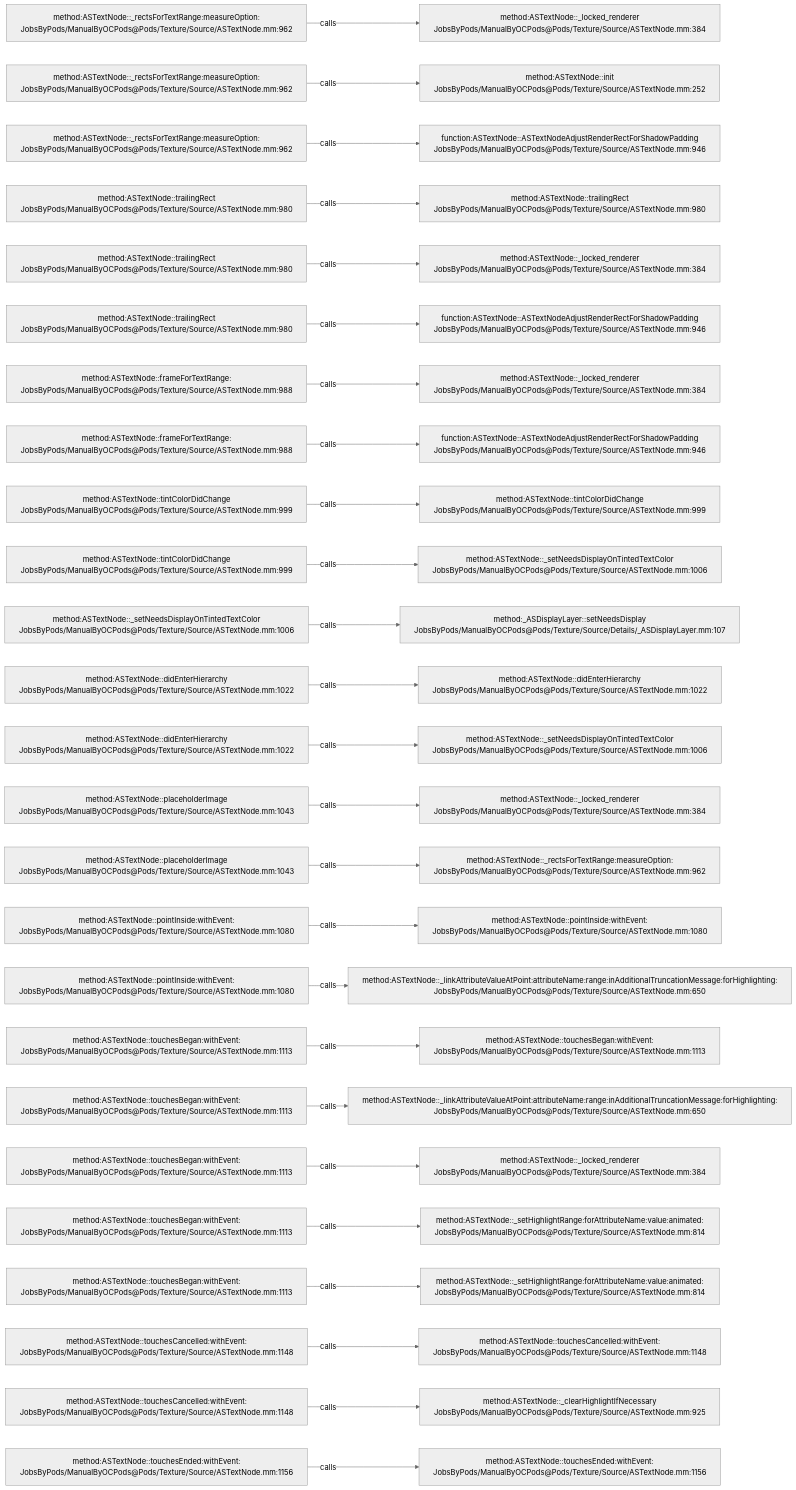
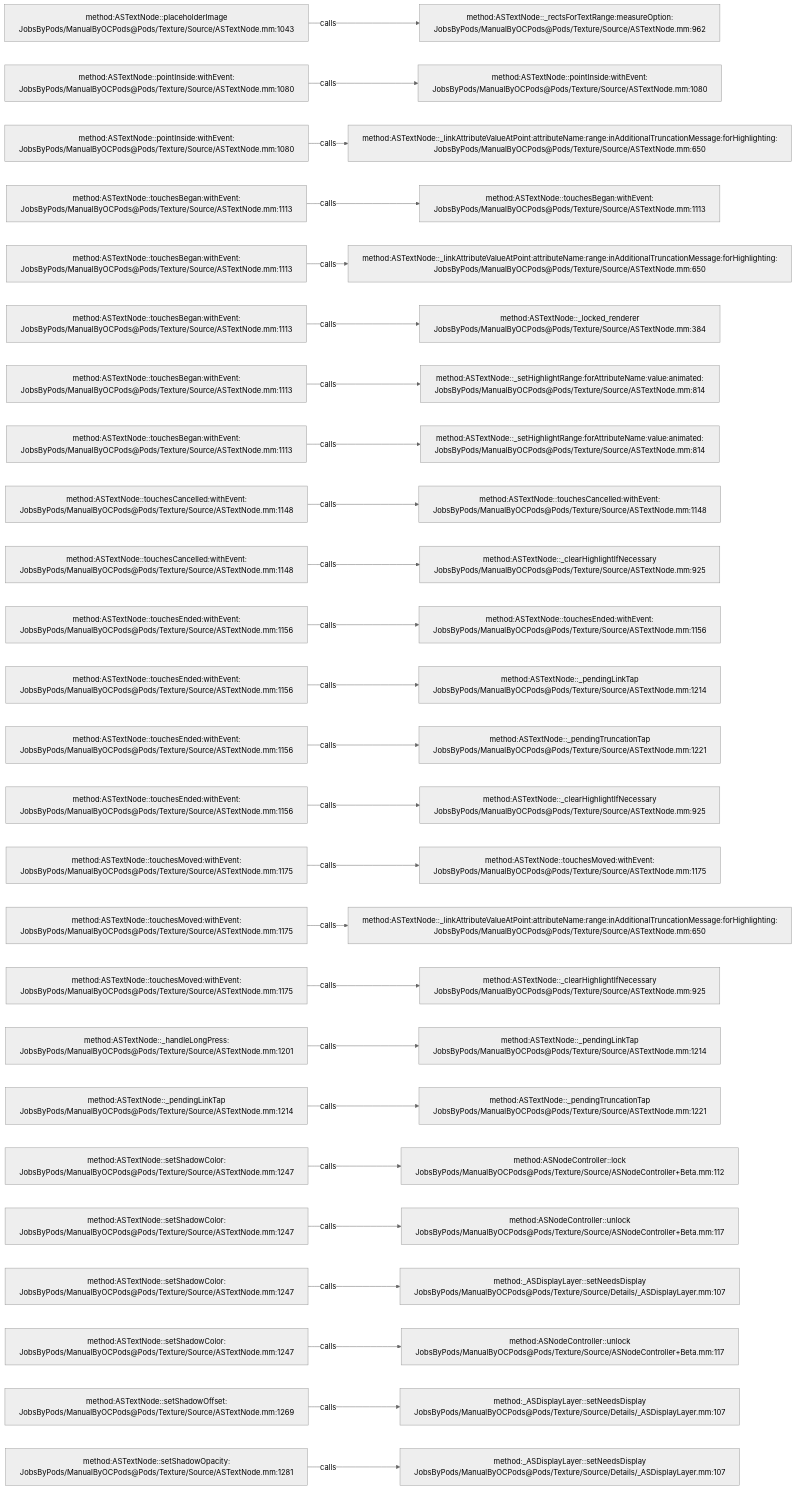
The diagram in .codegraph/codegraph.md/graphs/calls-138.md (JobsKits/JobsOCBaseConfigDemo), drawn with Mermaid (neutral theme) before and after one commit. The commit also changed 296 other files, not shown here.

````diff
--- a/.codegraph/codegraph.md/graphs/calls-138.md
+++ b/.codegraph/codegraph.md/graphs/calls-138.md
@@ -13,78 +13,78 @@
 ```mermaid
 flowchart LR
-  S1["method:ASTextNode::_rectsForTextRange:measureOption:<br/>JobsByPods/ManualByOCPods@Pods/Texture/Source/ASTextNode.mm:962"]
-  T1["method:ASTextNode::_locked_renderer<br/>JobsByPods/ManualByOCPods@Pods/Texture/Source/ASTextNode.mm:384"]
+  S1["method:ASTextNode::placeholderImage<br/>JobsByPods/ManualByOCPods@Pods/Texture/Source/ASTextNode.mm:1043"]
+  T1["method:ASTextNode::_rectsForTextRange:measureOption:<br/>JobsByPods/ManualByOCPods@Pods/Texture/Source/ASTextNode.mm:962"]
   S1 -->|calls| T1
-  S2["method:ASTextNode::_rectsForTextRange:measureOption:<br/>JobsByPods/ManualByOCPods@Pods/Texture/Source/ASTextNode.mm:962"]
-  T2["method:ASTextNode::init<br/>JobsByPods/ManualByOCPods@Pods/Texture/Source/ASTextNode.mm:252"]
+  S2["method:ASTextNode::pointInside:withEvent:<br/>JobsByPods/ManualByOCPods@Pods/Texture/Source/ASTextNode.mm:1080"]
+  T2["method:ASTextNode::pointInside:withEvent:<br/>JobsByPods/ManualByOCPods@Pods/Texture/Source/ASTextNode.mm:1080"]
   S2 -->|calls| T2
-  S3["method:ASTextNode::_rectsForTextRange:measureOption:<br/>JobsByPods/ManualByOCPods@Pods/Texture/Source/ASTextNode.mm:962"]
-  T3["function:ASTextNode::ASTextNodeAdjustRenderRectForShadowPadding<br/>JobsByPods/ManualByOCPods@Pods/Texture/Source/ASTextNode.mm:946"]
+  S3["method:ASTextNode::pointInside:withEvent:<br/>JobsByPods/ManualByOCPods@Pods/Texture/Source/ASTextNode.mm:1080"]
+  T3["method:ASTextNode::_linkAttributeValueAtPoint:attributeName:range:inAdditionalTruncationMessage:forHighlighting:<br/>JobsByPods/ManualByOCPods@Pods/Texture/Source/ASTextNode.mm:650"]
   S3 -->|calls| T3
-  S4["method:ASTextNode::trailingRect<br/>JobsByPods/ManualByOCPods@Pods/Texture/Source/ASTextNode.mm:980"]
-  T4["method:ASTextNode::trailingRect<br/>JobsByPods/ManualByOCPods@Pods/Texture/Source/ASTextNode.mm:980"]
+  S4["method:ASTextNode::touchesBegan:withEvent:<br/>JobsByPods/ManualByOCPods@Pods/Texture/Source/ASTextNode.mm:1113"]
+  T4["method:ASTextNode::touchesBegan:withEvent:<br/>JobsByPods/ManualByOCPods@Pods/Texture/Source/ASTextNode.mm:1113"]
   S4 -->|calls| T4
-  S5["method:ASTextNode::trailingRect<br/>JobsByPods/ManualByOCPods@Pods/Texture/Source/ASTextNode.mm:980"]
-  T5["method:ASTextNode::_locked_renderer<br/>JobsByPods/ManualByOCPods@Pods/Texture/Source/ASTextNode.mm:384"]
+  S5["method:ASTextNode::touchesBegan:withEvent:<br/>JobsByPods/ManualByOCPods@Pods/Texture/Source/ASTextNode.mm:1113"]
+  T5["method:ASTextNode::_linkAttributeValueAtPoint:attributeName:range:inAdditionalTruncationMessage:forHighlighting:<br/>JobsByPods/ManualByOCPods@Pods/Texture/Source/ASTextNode.mm:650"]
   S5 -->|calls| T5
-  S6["method:ASTextNode::trailingRect<br/>JobsByPods/ManualByOCPods@Pods/Texture/Source/ASTextNode.mm:980"]
-  T6["function:ASTextNode::ASTextNodeAdjustRenderRectForShadowPadding<br/>JobsByPods/ManualByOCPods@Pods/Texture/Source/ASTextNode.mm:946"]
+  S6["method:ASTextNode::touchesBegan:withEvent:<br/>JobsByPods/ManualByOCPods@Pods/Texture/Source/ASTextNode.mm:1113"]
+  T6["method:ASTextNode::_locked_renderer<br/>JobsByPods/ManualByOCPods@Pods/Texture/Source/ASTextNode.mm:384"]
   S6 -->|calls| T6
-  S7["method:ASTextNode::frameForTextRange:<br/>JobsByPods/ManualByOCPods@Pods/Texture/Source/ASTextNode.mm:988"]
-  T7["method:ASTextNode::_locked_renderer<br/>JobsByPods/ManualByOCPods@Pods/Texture/Source/ASTextNode.mm:384"]
+  S7["method:ASTextNode::touchesBegan:withEvent:<br/>JobsByPods/ManualByOCPods@Pods/Texture/Source/ASTextNode.mm:1113"]
+  T7["method:ASTextNode::_setHighlightRange:forAttributeName:value:animated:<br/>JobsByPods/ManualByOCPods@Pods/Texture/Source/ASTextNode.mm:814"]
   S7 -->|calls| T7
-  S8["method:ASTextNode::frameForTextRange:<br/>JobsByPods/ManualByOCPods@Pods/Texture/Source/ASTextNode.mm:988"]
-  T8["function:ASTextNode::ASTextNodeAdjustRenderRectForShadowPadding<br/>JobsByPods/ManualByOCPods@Pods/Texture/Source/ASTextNode.mm:946"]
+  S8["method:ASTextNode::touchesBegan:withEvent:<br/>JobsByPods/ManualByOCPods@Pods/Texture/Source/ASTextNode.mm:1113"]
+  T8["method:ASTextNode::_setHighlightRange:forAttributeName:value:animated:<br/>JobsByPods/ManualByOCPods@Pods/Texture/Source/ASTextNode.mm:814"]
   S8 -->|calls| T8
-  S9["method:ASTextNode::tintColorDidChange<br/>JobsByPods/ManualByOCPods@Pods/Texture/Source/ASTextNode.mm:999"]
-  T9["method:ASTextNode::tintColorDidChange<br/>JobsByPods/ManualByOCPods@Pods/Texture/Source/ASTextNode.mm:999"]
+  S9["method:ASTextNode::touchesCancelled:withEvent:<br/>JobsByPods/ManualByOCPods@Pods/Texture/Source/ASTextNode.mm:1148"]
+  T9["method:ASTextNode::touchesCancelled:withEvent:<br/>JobsByPods/ManualByOCPods@Pods/Texture/Source/ASTextNode.mm:1148"]
   S9 -->|calls| T9
-  S10["method:ASTextNode::tintColorDidChange<br/>JobsByPods/ManualByOCPods@Pods/Texture/Source/ASTextNode.mm:999"]
-  T10["method:ASTextNode::_setNeedsDisplayOnTintedTextColor<br/>JobsByPods/ManualByOCPods@Pods/Texture/Source/ASTextNode.mm:1006"]
+  S10["method:ASTextNode::touchesCancelled:withEvent:<br/>JobsByPods/ManualByOCPods@Pods/Texture/Source/ASTextNode.mm:1148"]
+  T10["method:ASTextNode::_clearHighlightIfNecessary<br/>JobsByPods/ManualByOCPods@Pods/Texture/Source/ASTextNode.mm:925"]
   S10 -->|calls| T10
-  S11["method:ASTextNode::_setNeedsDisplayOnTintedTextColor<br/>JobsByPods/ManualByOCPods@Pods/Texture/Source/ASTextNode.mm:1006"]
-  T11["method:_ASDisplayLayer::setNeedsDisplay<br/>JobsByPods/ManualByOCPods@Pods/Texture/Source/Details/_ASDisplayLayer.mm:107"]
+  S11["method:ASTextNode::touchesEnded:withEvent:<br/>JobsByPods/ManualByOCPods@Pods/Texture/Source/ASTextNode.mm:1156"]
+  T11["method:ASTextNode::touchesEnded:withEvent:<br/>JobsByPods/ManualByOCPods@Pods/Texture/Source/ASTextNode.mm:1156"]
   S11 -->|calls| T11
-  S12["method:ASTextNode::didEnterHierarchy<br/>JobsByPods/ManualByOCPods@Pods/Texture/Source/ASTextNode.mm:1022"]
-  T12["method:ASTextNode::didEnterHierarchy<br/>JobsByPods/ManualByOCPods@Pods/Texture/Source/ASTextNode.mm:1022"]
+  S12["method:ASTextNode::touchesEnded:withEvent:<br/>JobsByPods/ManualByOCPods@Pods/Texture/Source/ASTextNode.mm:1156"]
+  T12["method:ASTextNode::_pendingLinkTap<br/>JobsByPods/ManualByOCPods@Pods/Texture/Source/ASTextNode.mm:1214"]
   S12 -->|calls| T12
-  S13["method:ASTextNode::didEnterHierarchy<br/>JobsByPods/ManualByOCPods@Pods/Texture/Source/ASTextNode.mm:1022"]
-  T13["method:ASTextNode::_setNeedsDisplayOnTintedTextColor<br/>JobsByPods/ManualByOCPods@Pods/Texture/Source/ASTextNode.mm:1006"]
+  S13["method:ASTextNode::touchesEnded:withEvent:<br/>JobsByPods/ManualByOCPods@Pods/Texture/Source/ASTextNode.mm:1156"]
+  T13["method:ASTextNode::_pendingTruncationTap<br/>JobsByPods/ManualByOCPods@Pods/Texture/Source/ASTextNode.mm:1221"]
   S13 -->|calls| T13
-  S14["method:ASTextNode::placeholderImage<br/>JobsByPods/ManualByOCPods@Pods/Texture/Source/ASTextNode.mm:1043"]
-  T14["method:ASTextNode::_locked_renderer<br/>JobsByPods/ManualByOCPods@Pods/Texture/Source/ASTextNode.mm:384"]
+  S14["method:ASTextNode::touchesEnded:withEvent:<br/>JobsByPods/ManualByOCPods@Pods/Texture/Source/ASTextNode.mm:1156"]
+  T14["method:ASTextNode::_clearHighlightIfNecessary<br/>JobsByPods/ManualByOCPods@Pods/Texture/Source/ASTextNode.mm:925"]
   S14 -->|calls| T14
-  S15["method:ASTextNode::placeholderImage<br/>JobsByPods/ManualByOCPods@Pods/Texture/Source/ASTextNode.mm:1043"]
-  T15["method:ASTextNode::_rectsForTextRange:measureOption:<br/>JobsByPods/ManualByOCPods@Pods/Texture/Source/ASTextNode.mm:962"]
+  S15["method:ASTextNode::touchesMoved:withEvent:<br/>JobsByPods/ManualByOCPods@Pods/Texture/Source/ASTextNode.mm:1175"]
+  T15["method:ASTextNode::touchesMoved:withEvent:<br/>JobsByPods/ManualByOCPods@Pods/Texture/Source/ASTextNode.mm:1175"]
   S15 -->|calls| T15
-  S16["method:ASTextNode::pointInside:withEvent:<br/>JobsByPods/ManualByOCPods@Pods/Texture/Source/ASTextNode.mm:1080"]
-  T16["method:ASTextNode::pointInside:withEvent:<br/>JobsByPods/ManualByOCPods@Pods/Texture/Source/ASTextNode.mm:1080"]
+  S16["method:ASTextNode::touchesMoved:withEvent:<br/>JobsByPods/ManualByOCPods@Pods/Texture/Source/ASTextNode.mm:1175"]
+  T16["method:ASTextNode::_linkAttributeValueAtPoint:attributeName:range:inAdditionalTruncationMessage:forHighlighting:<br/>JobsByPods/ManualByOCPods@Pods/Texture/Source/ASTextNode.mm:650"]
   S16 -->|calls| T16
-  S17["method:ASTextNode::pointInside:withEvent:<br/>JobsByPods/ManualByOCPods@Pods/Texture/Source/ASTextNode.mm:1080"]
-  T17["method:ASTextNode::_linkAttributeValueAtPoint:attributeName:range:inAdditionalTruncationMessage:forHighlighting:<br/>JobsByPods/ManualByOCPods@Pods/Texture/Source/ASTextNode.mm:650"]
+  S17["method:ASTextNode::touchesMoved:withEvent:<br/>JobsByPods/ManualByOCPods@Pods/Texture/Source/ASTextNode.mm:1175"]
+  T17["method:ASTextNode::_clearHighlightIfNecessary<br/>JobsByPods/ManualByOCPods@Pods/Texture/Source/ASTextNode.mm:925"]
   S17 -->|calls| T17
-  S18["method:ASTextNode::touchesBegan:withEvent:<br/>JobsByPods/ManualByOCPods@Pods/Texture/Source/ASTextNode.mm:1113"]
-  T18["method:ASTextNode::touchesBegan:withEvent:<br/>JobsByPods/ManualByOCPods@Pods/Texture/Source/ASTextNode.mm:1113"]
+  S18["method:ASTextNode::_handleLongPress:<br/>JobsByPods/ManualByOCPods@Pods/Texture/Source/ASTextNode.mm:1201"]
+  T18["method:ASTextNode::_pendingLinkTap<br/>JobsByPods/ManualByOCPods@Pods/Texture/Source/ASTextNode.mm:1214"]
   S18 -->|calls| T18
-  S19["method:ASTextNode::touchesBegan:withEvent:<br/>JobsByPods/ManualByOCPods@Pods/Texture/Source/ASTextNode.mm:1113"]
-  T19["method:ASTextNode::_linkAttributeValueAtPoint:attributeName:range:inAdditionalTruncationMessage:forHighlighting:<br/>JobsByPods/ManualByOCPods@Pods/Texture/Source/ASTextNode.mm:650"]
+  S19["method:ASTextNode::_pendingLinkTap<br/>JobsByPods/ManualByOCPods@Pods/Texture/Source/ASTextNode.mm:1214"]
+  T19["method:ASTextNode::_pendingTruncationTap<br/>JobsByPods/ManualByOCPods@Pods/Texture/Source/ASTextNode.mm:1221"]
   S19 -->|calls| T19
-  S20["method:ASTextNode::touchesBegan:withEvent:<br/>JobsByPods/ManualByOCPods@Pods/Texture/Source/ASTextNode.mm:1113"]
-  T20["method:ASTextNode::_locked_renderer<br/>JobsByPods/ManualByOCPods@Pods/Texture/Source/ASTextNode.mm:384"]
+  S20["method:ASTextNode::setShadowColor:<br/>JobsByPods/ManualByOCPods@Pods/Texture/Source/ASTextNode.mm:1247"]
+  T20["method:ASNodeController::lock<br/>JobsByPods/ManualByOCPods@Pods/Texture/Source/ASNodeController+Beta.mm:112"]
   S20 -->|calls| T20
-  S21["method:ASTextNode::touchesBegan:withEvent:<br/>JobsByPods/ManualByOCPods@Pods/Texture/Source/ASTextNode.mm:1113"]
-  T21["method:ASTextNode::_setHighlightRange:forAttributeName:value:animated:<br/>JobsByPods/ManualByOCPods@Pods/Texture/Source/ASTextNode.mm:814"]
+  S21["method:ASTextNode::setShadowColor:<br/>JobsByPods/ManualByOCPods@Pods/Texture/Source/ASTextNode.mm:1247"]
+  T21["method:ASNodeController::unlock<br/>JobsByPods/ManualByOCPods@Pods/Texture/Source/ASNodeController+Beta.mm:117"]
   S21 -->|calls| T21
-  S22["method:ASTextNode::touchesBegan:withEvent:<br/>JobsByPods/ManualByOCPods@Pods/Texture/Source/ASTextNode.mm:1113"]
-  T22["method:ASTextNode::_setHighlightRange:forAttributeName:value:animated:<br/>JobsByPods/ManualByOCPods@Pods/Texture/Source/ASTextNode.mm:814"]
+  S22["method:ASTextNode::setShadowColor:<br/>JobsByPods/ManualByOCPods@Pods/Texture/Source/ASTextNode.mm:1247"]
+  T22["method:_ASDisplayLayer::setNeedsDisplay<br/>JobsByPods/ManualByOCPods@Pods/Texture/Source/Details/_ASDisplayLayer.mm:107"]
   S22 -->|calls| T22
-  S23["method:ASTextNode::touchesCancelled:withEvent:<br/>JobsByPods/ManualByOCPods@Pods/Texture/Source/ASTextNode.mm:1148"]
-  T23["method:ASTextNode::touchesCancelled:withEvent:<br/>JobsByPods/ManualByOCPods@Pods/Texture/Source/ASTextNode.mm:1148"]
+  S23["method:ASTextNode::setShadowColor:<br/>JobsByPods/ManualByOCPods@Pods/Texture/Source/ASTextNode.mm:1247"]
+  T23["method:ASNodeController::unlock<br/>JobsByPods/ManualByOCPods@Pods/Texture/Source/ASNodeController+Beta.mm:117"]
   S23 -->|calls| T23
-  S24["method:ASTextNode::touchesCancelled:withEvent:<br/>JobsByPods/ManualByOCPods@Pods/Texture/Source/ASTextNode.mm:1148"]
-  T24["method:ASTextNode::_clearHighlightIfNecessary<br/>JobsByPods/ManualByOCPods@Pods/Texture/Source/ASTextNode.mm:925"]
+  S24["method:ASTextNode::setShadowOffset:<br/>JobsByPods/ManualByOCPods@Pods/Texture/Source/ASTextNode.mm:1269"]
+  T24["method:_ASDisplayLayer::setNeedsDisplay<br/>JobsByPods/ManualByOCPods@Pods/Texture/Source/Details/_ASDisplayLayer.mm:107"]
   S24 -->|calls| T24
-  S25["method:ASTextNode::touchesEnded:withEvent:<br/>JobsByPods/ManualByOCPods@Pods/Texture/Source/ASTextNode.mm:1156"]
-  T25["method:ASTextNode::touchesEnded:withEvent:<br/>JobsByPods/ManualByOCPods@Pods/Texture/Source/ASTextNode.mm:1156"]
+  S25["method:ASTextNode::setShadowOpacity:<br/>JobsByPods/ManualByOCPods@Pods/Texture/Source/ASTextNode.mm:1281"]
+  T25["method:_ASDisplayLayer::setNeedsDisplay<br/>JobsByPods/ManualByOCPods@Pods/Texture/Source/Details/_ASDisplayLayer.mm:107"]
   S25 -->|calls| T25
 ```
````
